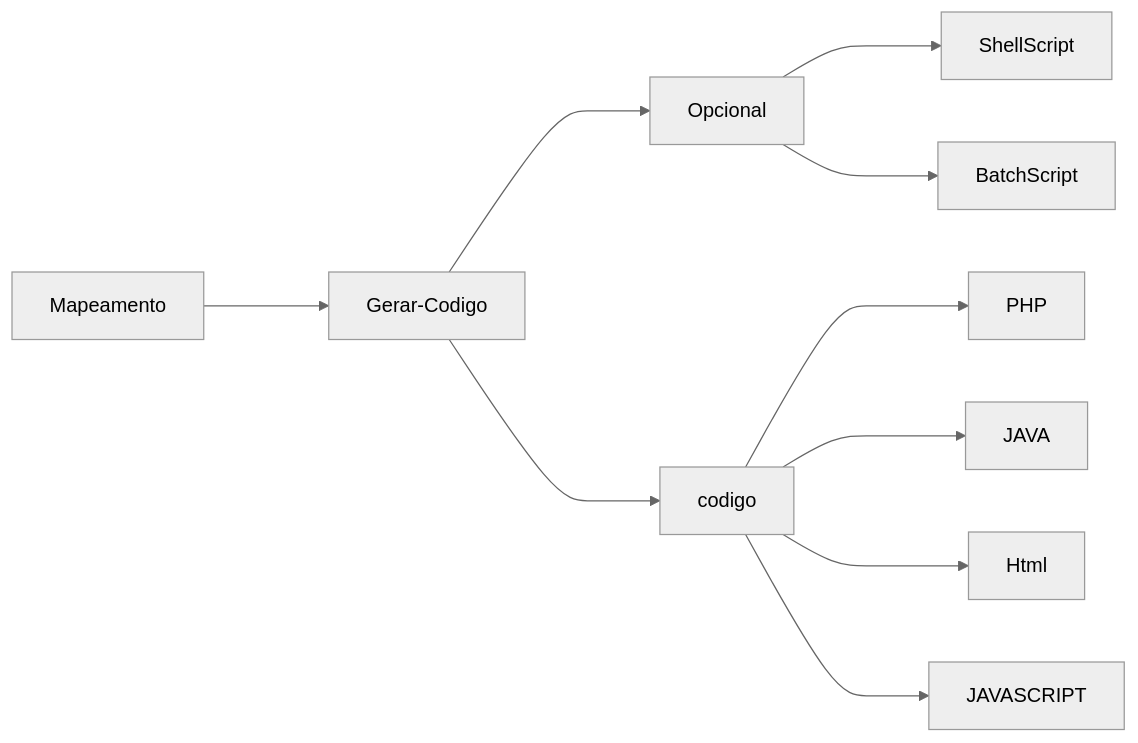
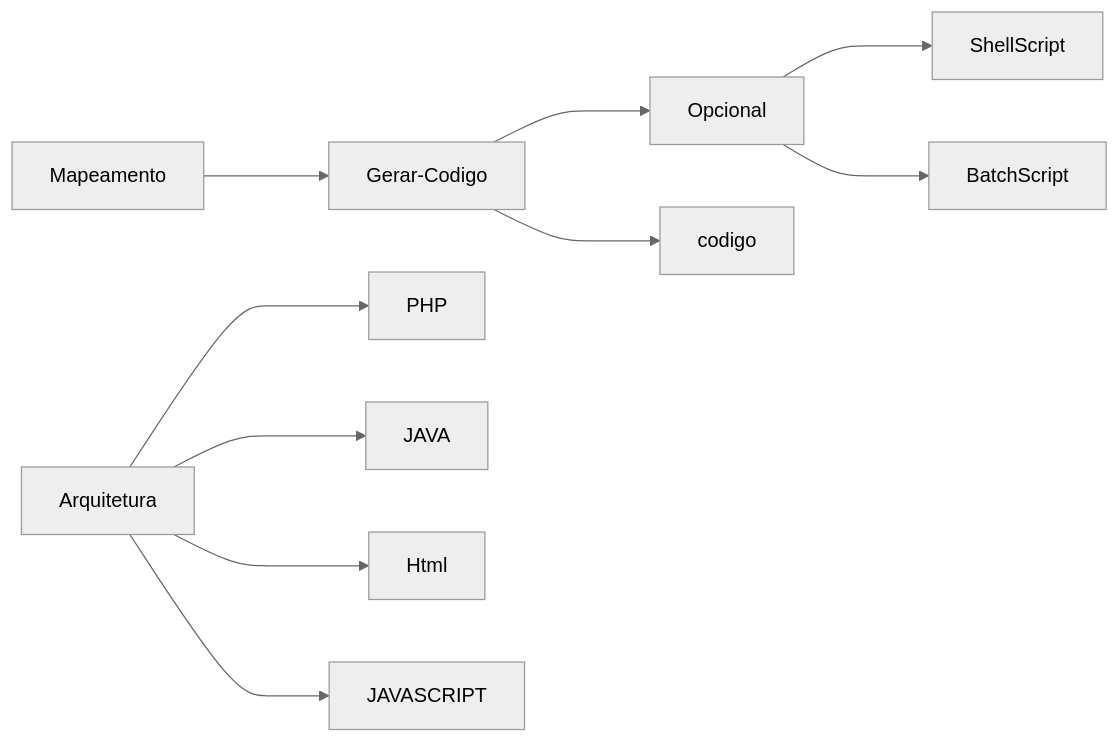
Before and after one commit to HamiltonVentura/MapperIdea-PHP: the diagram in README.md, drawn with Mermaid (neutral theme). The commit also changed other lines of this file, not shown here.

````diff
--- a/README.md
+++ b/README.md
@@ -33,12 +33,12 @@
 ```mermaid
 flowchart LR
     Mapeamento ---> Gerar-Codigo ---> Opcional ---> ShellScript;
     Opcional ---> BatchScript;
      Gerar-Codigo ---> codigo;
 
-    codigo --->PHP;
-    codigo --->JAVA;
-    codigo --->Html;
-    codigo --->JAVASCRIPT
+    Arquitetura --->PHP;
+    Arquitetura --->JAVA;
+    Arquitetura --->Html;
+    Arquitetura --->JAVASCRIPT
      
 ```
````
